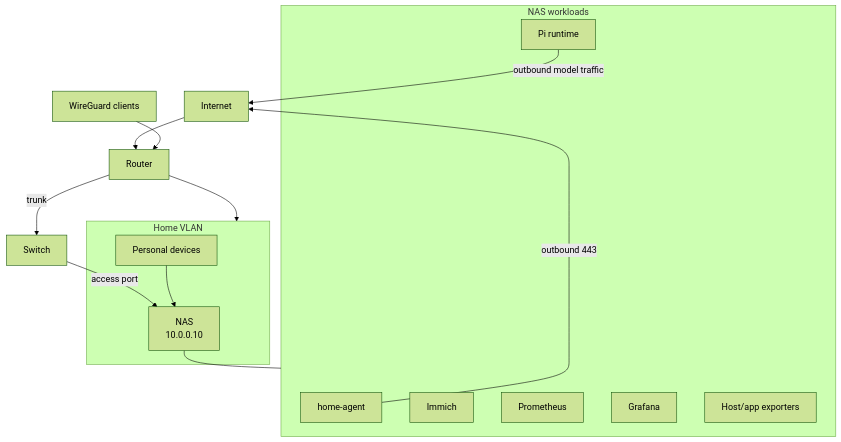
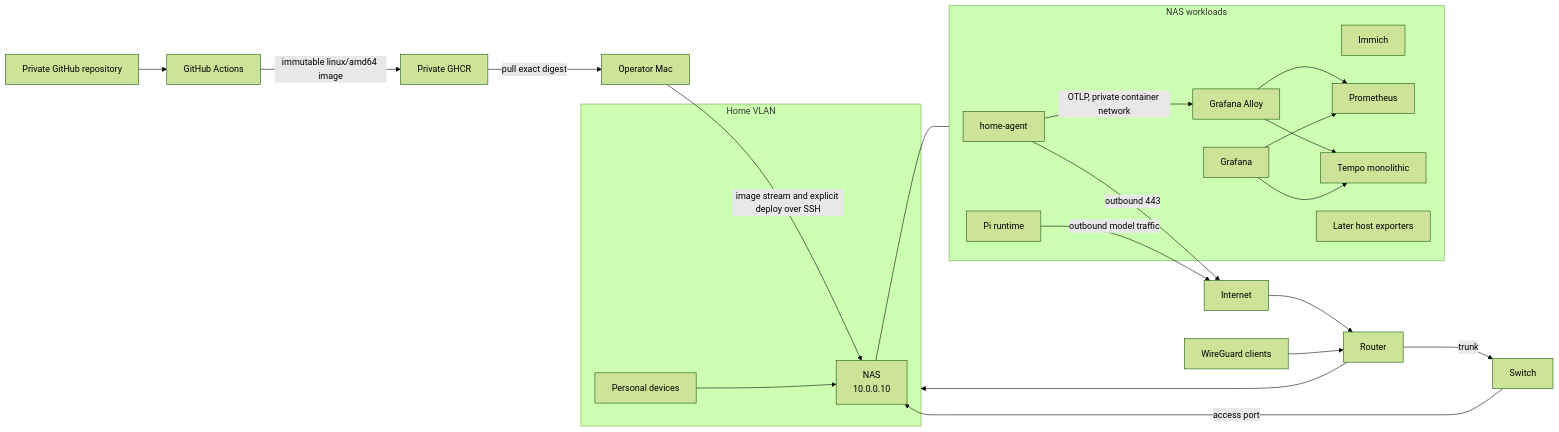
Before and after one commit to vladar107/home-ai-assistant: the diagram in docs/07-deployment-and-network.md, drawn with Mermaid (forest theme). The commit also changed other lines of this file and 44 other files, not shown here.

````diff
--- a/docs/07-deployment-and-network.md
+++ b/docs/07-deployment-and-network.md
@@ -39,32 +39,46 @@
 ```mermaid
-flowchart TB
+flowchart LR
+    GH[Private GitHub repository]
+    CI[GitHub Actions]
+    GHCR[Private GHCR]
+    MAC[Operator Mac]
     INTERNET[Internet]
     ROUTER[Router\n<router-address>]
     SWITCH[Switch]
 
+    GH --> CI -->|immutable linux/amd64 image| GHCR
+    GHCR -->|pull exact digest| MAC
+    MAC -->|image stream and explicit deploy over SSH| NAS
     INTERNET --> ROUTER
     ROUTER -->|trunk| SWITCH
 
     subgraph HOME[Home VLAN]
         NAS[NAS\n10.0.0.10]
         USERS[Personal devices]
     end
 
     subgraph NASWORKLOADS[NAS workloads]
         AGENT[home-agent]
         PI[Pi runtime]
         IMMICH[Immich]
         PROM[Prometheus]
+        TEMPO[Tempo monolithic]
+        ALLOY[Grafana Alloy]
         GRAFANA[Grafana]
-        EXPORTER[Host/app exporters]
+        EXPORTER[Later host exporters]
     end
 
     SWITCH -->|access port| NAS
     NAS --- NASWORKLOADS
     USERS --> NAS
     VPN[WireGuard clients] --> ROUTER
     ROUTER --> HOME
 
     AGENT -->|outbound 443| INTERNET
     PI -->|outbound model traffic| INTERNET
+    AGENT -->|OTLP, private container network| ALLOY
+    ALLOY --> PROM
+    ALLOY --> TEMPO
+    GRAFANA --> PROM
+    GRAFANA --> TEMPO
 ```
````
